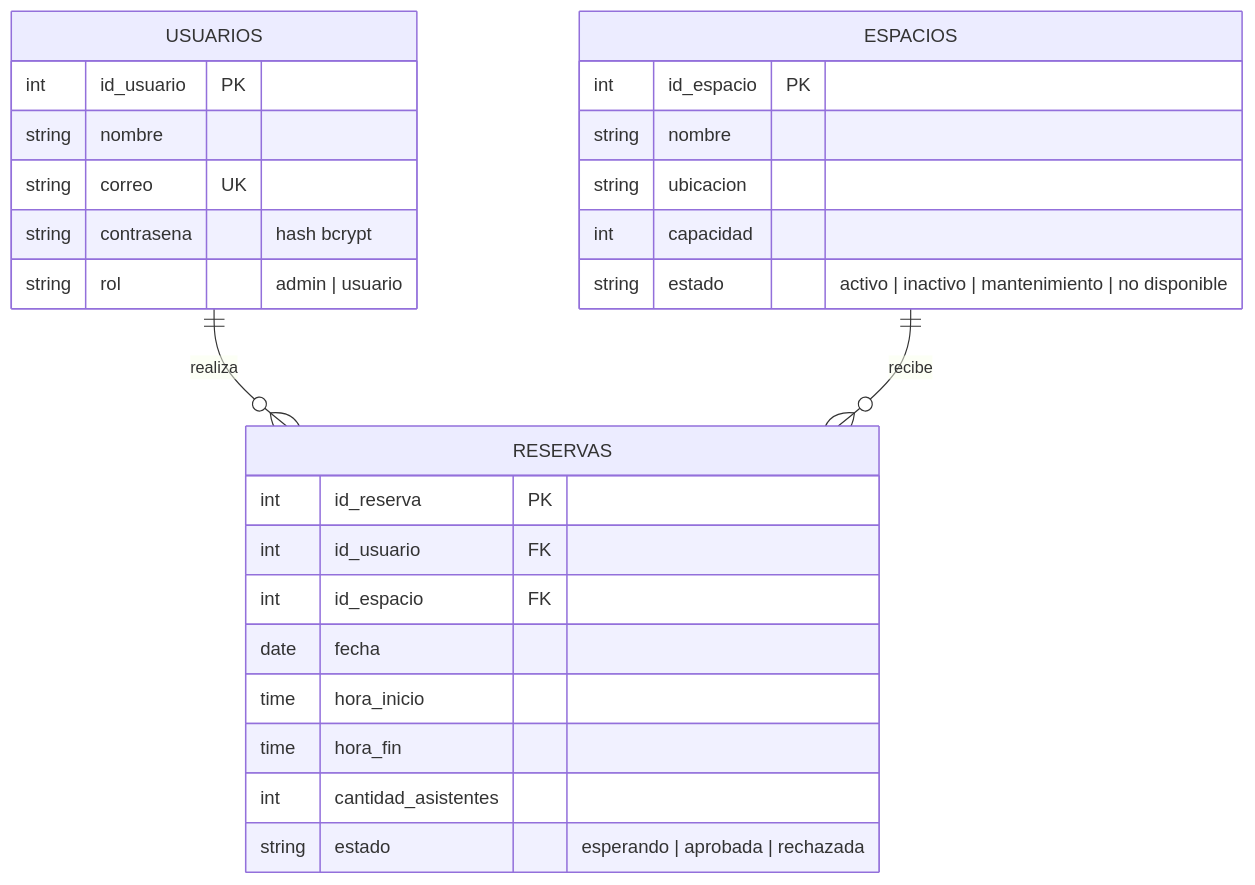
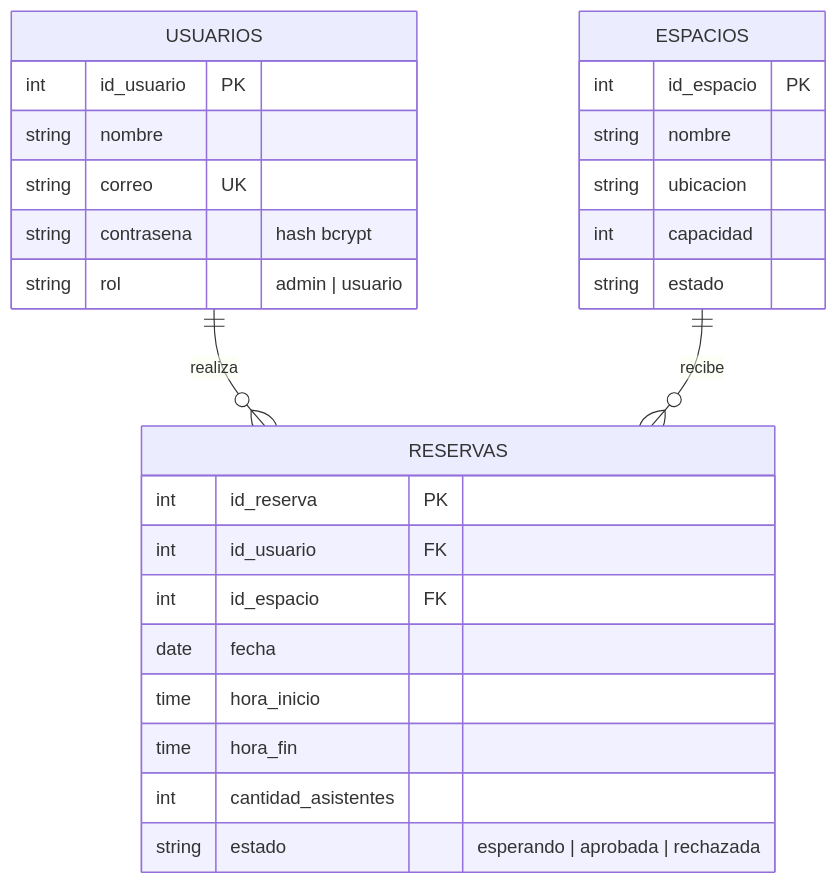
One commit to Miguel-cast/Laboratorio-4 changed the second of 2 diagrams in README.md. Above: the diagram before and after it, drawn with Mermaid. The commit also changed other lines of this file, not shown here.

````diff
--- a/README.md
+++ b/README.md
@@ -194,30 +119,30 @@
 ```mermaid
 erDiagram
-    USUARIOS ||--o{ RESERVAS : "realiza"
-    ESPACIOS ||--o{ RESERVAS : "recibe"
+    USUARIOS ||--o{ RESERVAS : realiza
+    ESPACIOS ||--o{ RESERVAS : recibe
 
     USUARIOS {
-        int     id_usuario PK
-        string  nombre
-        string  correo UK
-        string  contrasena "hash bcrypt"
-        string  rol "admin | usuario"
+        int    id_usuario PK
+        string nombre
+        string correo UK
+        string contrasena "hash bcrypt"
+        string rol "admin | usuario"
     }
     ESPACIOS {
-        int     id_espacio PK
-        string  nombre
-        string  ubicacion
-        int     capacidad
-        string  estado "activo | inactivo | mantenimiento | no disponible"
+        int    id_espacio PK
+        string nombre
+        string ubicacion
+        int    capacidad
+        string estado
     }
     RESERVAS {
-        int     id_reserva PK
-        int     id_usuario FK
-        int     id_espacio FK
-        date    fecha
-        time    hora_inicio
-        time    hora_fin
-        int     cantidad_asistentes
-        string  estado "esperando | aprobada | rechazada"
+        int    id_reserva PK
+        int    id_usuario FK
+        int    id_espacio FK
+        date   fecha
+        time   hora_inicio
+        time   hora_fin
+        int    cantidad_asistentes
+        string estado "esperando | aprobada | rechazada"
     }
 ```
````
